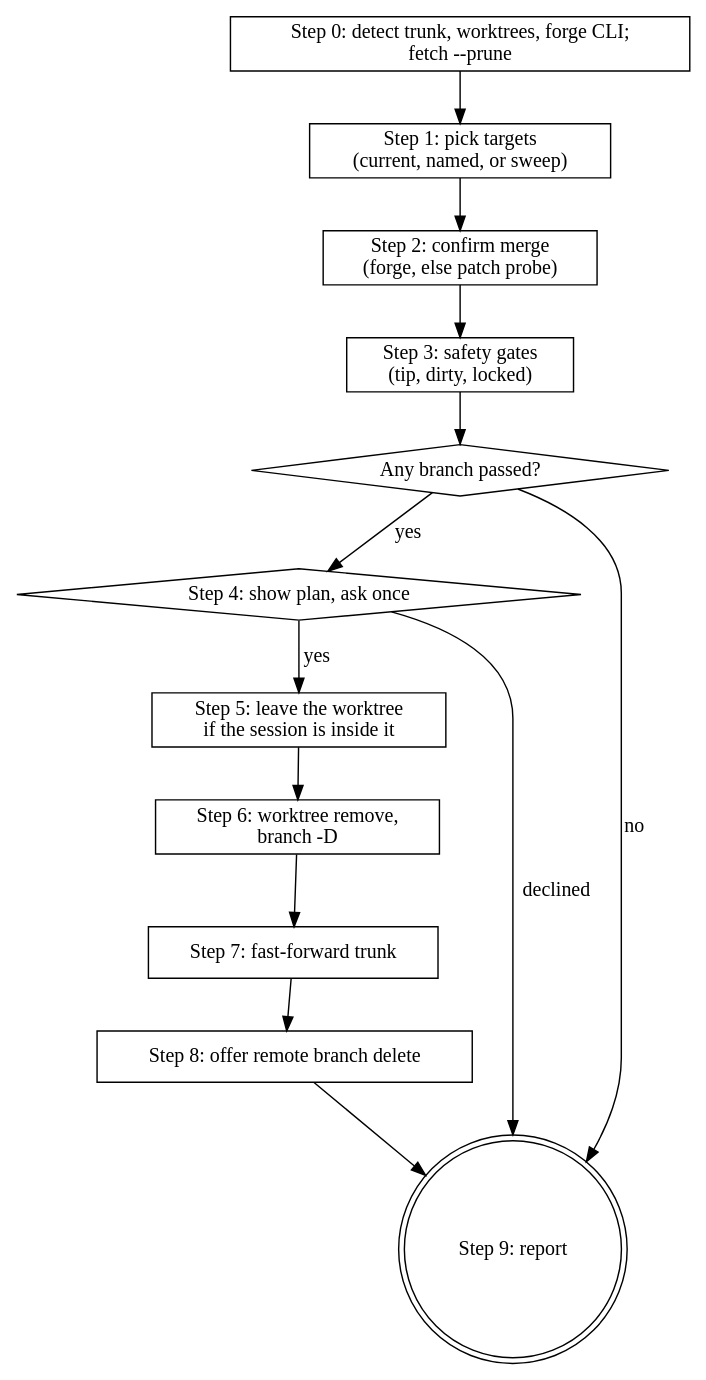
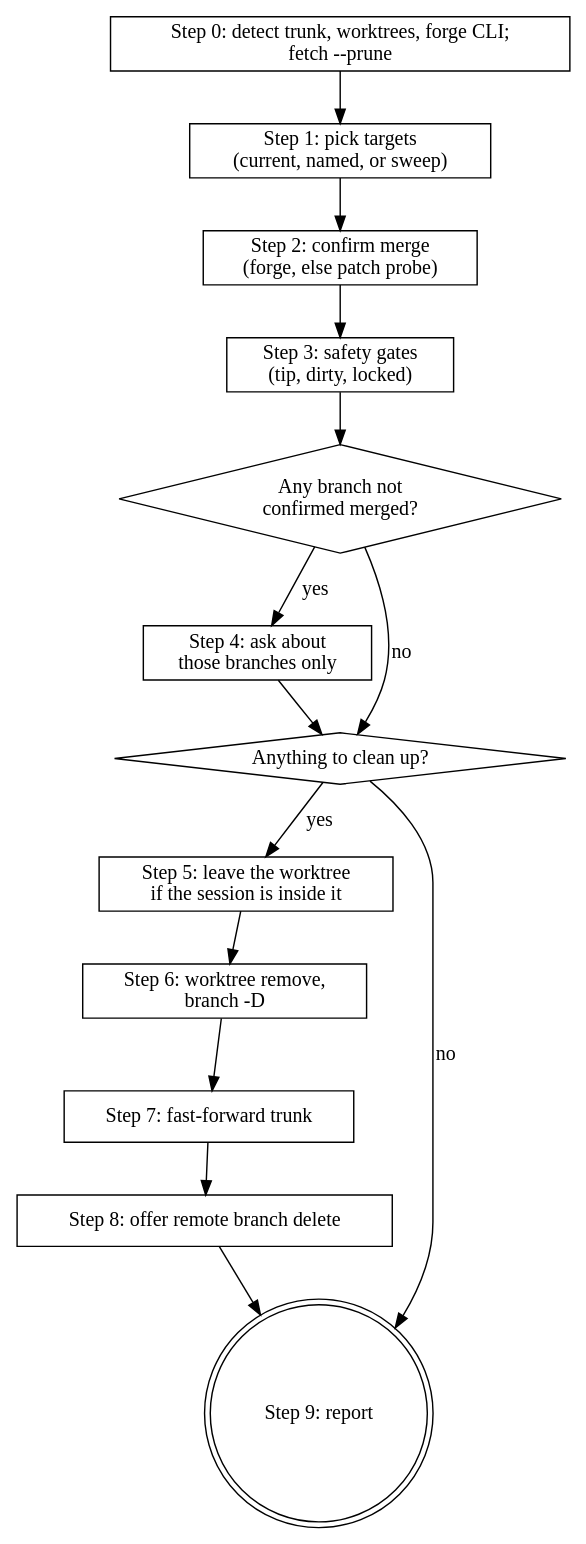
One commit to natelandau/cc-plugin changed the diagram in plugins/natelandau-toolkit/skills/cleanup-branch/SKILL.md. Above: the diagram before and after it, drawn with Graphviz. The commit also changed other lines of this file and 1 other file, not shown here.

First line of the commit message:
feat(cleanup-branch): ask only about branches not confirmed merged

````diff
--- a/plugins/natelandau-toolkit/skills/cleanup-branch/SKILL.md
+++ b/plugins/natelandau-toolkit/skills/cleanup-branch/SKILL.md
@@ -31,23 +33,25 @@
 ```dot
 digraph cleanup_branch {
   rankdir=TB; node [shape=box];
   detect   [label="Step 0: detect trunk, worktrees, forge CLI;\nfetch --prune"];
   targets  [label="Step 1: pick targets\n(current, named, or sweep)"];
   merged   [label="Step 2: confirm merge\n(forge, else patch probe)"];
   gates    [label="Step 3: safety gates\n(tip, dirty, locked)"];
-  any      [label="Any branch passed?" shape=diamond];
-  confirm  [label="Step 4: show plan, ask once" shape=diamond];
+  unsure   [label="Any branch not\nconfirmed merged?" shape=diamond];
+  confirm  [label="Step 4: ask about\nthose branches only"];
+  any      [label="Anything to clean up?" shape=diamond];
   leave    [label="Step 5: leave the worktree\nif the session is inside it"];
   clean    [label="Step 6: worktree remove,\nbranch -D"];
   trunk    [label="Step 7: fast-forward trunk"];
   remote   [label="Step 8: offer remote branch delete"];
   done     [label="Step 9: report" shape=doublecircle];
 
-  detect -> targets -> merged -> gates -> any;
+  detect -> targets -> merged -> gates -> unsure;
+  unsure -> confirm [label="yes"];
+  unsure -> any [label="no"];
+  confirm -> any;
   any -> done [label="no"];
-  any -> confirm [label="yes"];
-  confirm -> done [label="declined"];
-  confirm -> leave [label="yes"];
+  any -> leave [label="yes"];
   leave -> clean -> trunk -> remote -> done;
 }
 ```
````
